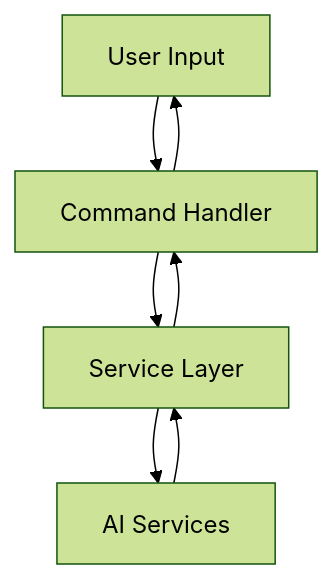
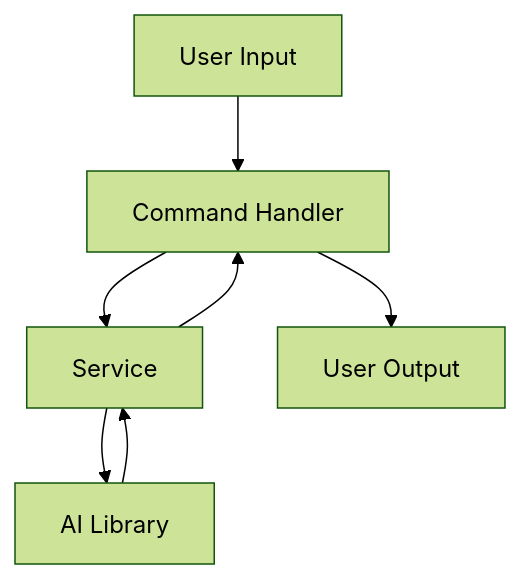
One commit to geogoesbeepboop/refiner changed the first of 3 diagrams in docs/architecture.md. Above: the diagram before and after it, drawn with Mermaid (forest theme). The commit also changed other lines of this file and 6 other files, not shown here.

````diff
--- a/docs/architecture.md
+++ b/docs/architecture.md
@@ -33,9 +38,9 @@
 ```mermaid
 graph TD;
     A[User Input] --> B[Command Handler];
-    B --> C[Service Layer];
-    C --> D[AI Services];
+    B --> C[Service];
+    C --> D[AI Library];
     D --> C;
     C --> B;
-    B --> A;
+    B --> E[User Output];
 ```
````
